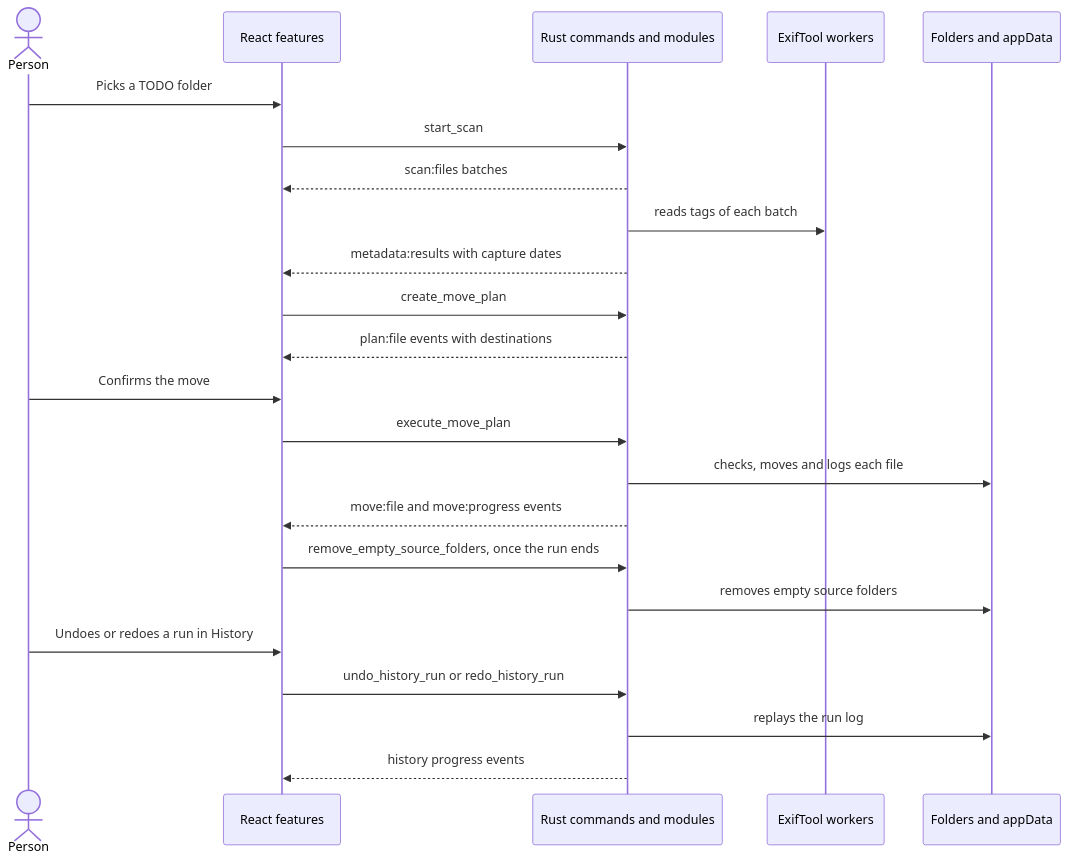
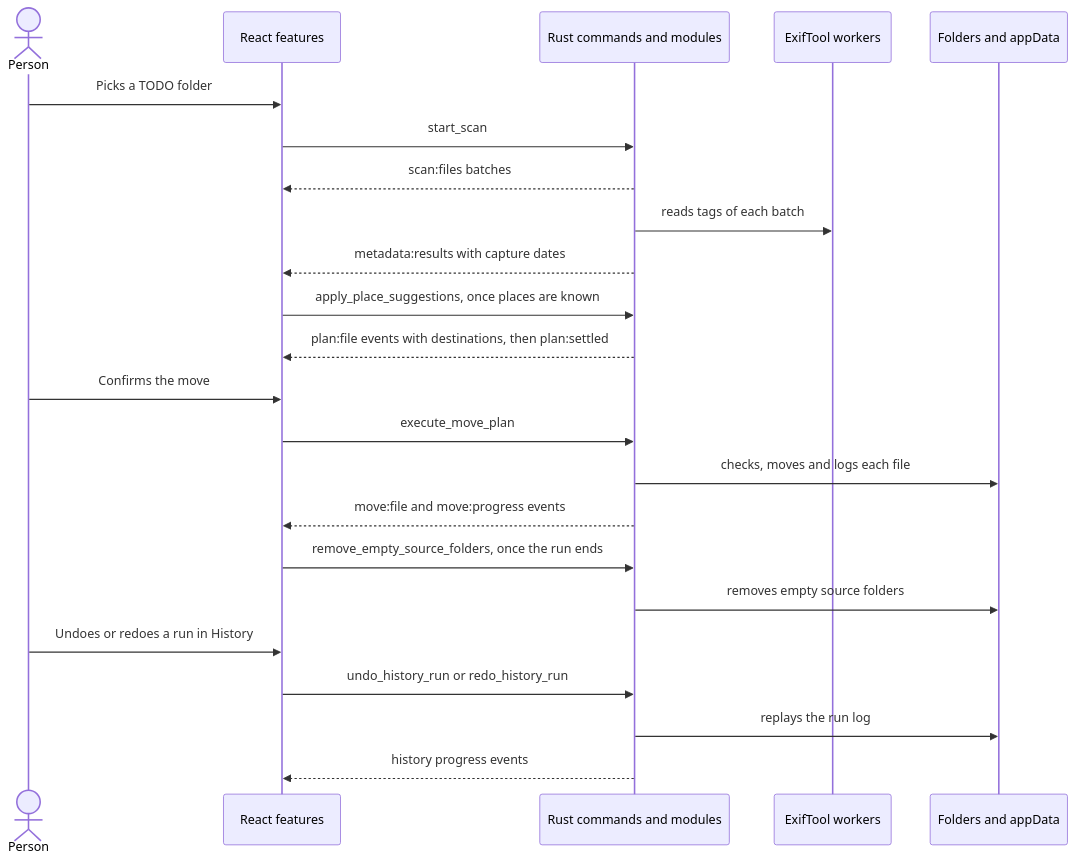
One commit to oleg-chibikov/media-organizer changed the second of 3 diagrams in docs/architecture.md. Above: the diagram before and after it, drawn with Mermaid. The commit also changed other lines of this file and 59 other files, not shown here.

First line of the commit message:
feat: plan in Rust as dates arrive and mirror plans in the webview

````diff
--- a/docs/architecture.md
+++ b/docs/architecture.md
@@ -36,25 +36,25 @@
 ```mermaid
 sequenceDiagram
   actor Person
   participant UI as React features
   participant Rust as Rust commands and modules
   participant Exif as ExifTool workers
   participant Disk as Folders and appData
   Person->>UI: Picks a TODO folder
   UI->>Rust: start_scan
   Rust-->>UI: scan:files batches
   Rust->>Exif: reads tags of each batch
   Rust-->>UI: metadata:results with capture dates
-  UI->>Rust: create_move_plan
-  Rust-->>UI: plan:file events with destinations
+  UI->>Rust: apply_place_suggestions, once places are known
+  Rust-->>UI: plan:file events with destinations, then plan:settled
   Person->>UI: Confirms the move
   UI->>Rust: execute_move_plan
   Rust->>Disk: checks, moves and logs each file
   Rust-->>UI: move:file and move:progress events
   UI->>Rust: remove_empty_source_folders, once the run ends
   Rust->>Disk: removes empty source folders
   Person->>UI: Undoes or redoes a run in History
   UI->>Rust: undo_history_run or redo_history_run
   Rust->>Disk: replays the run log
   Rust-->>UI: history progress events
 ```
````
